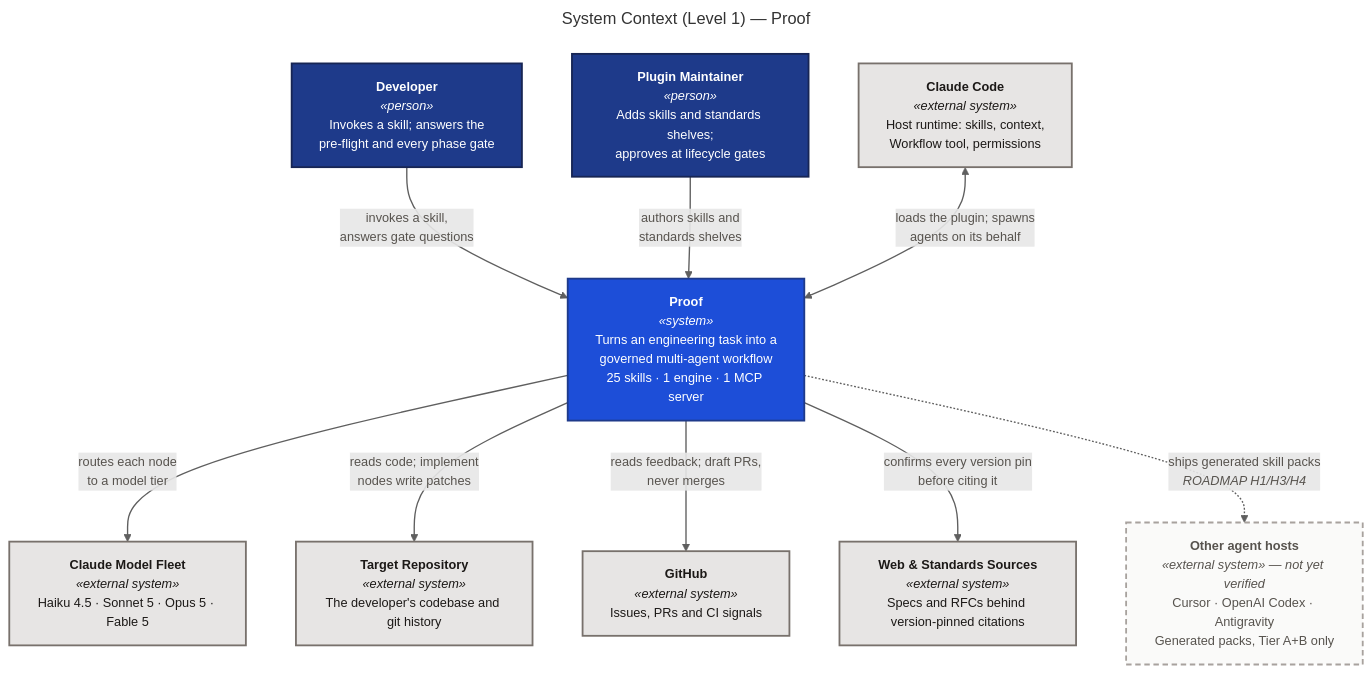
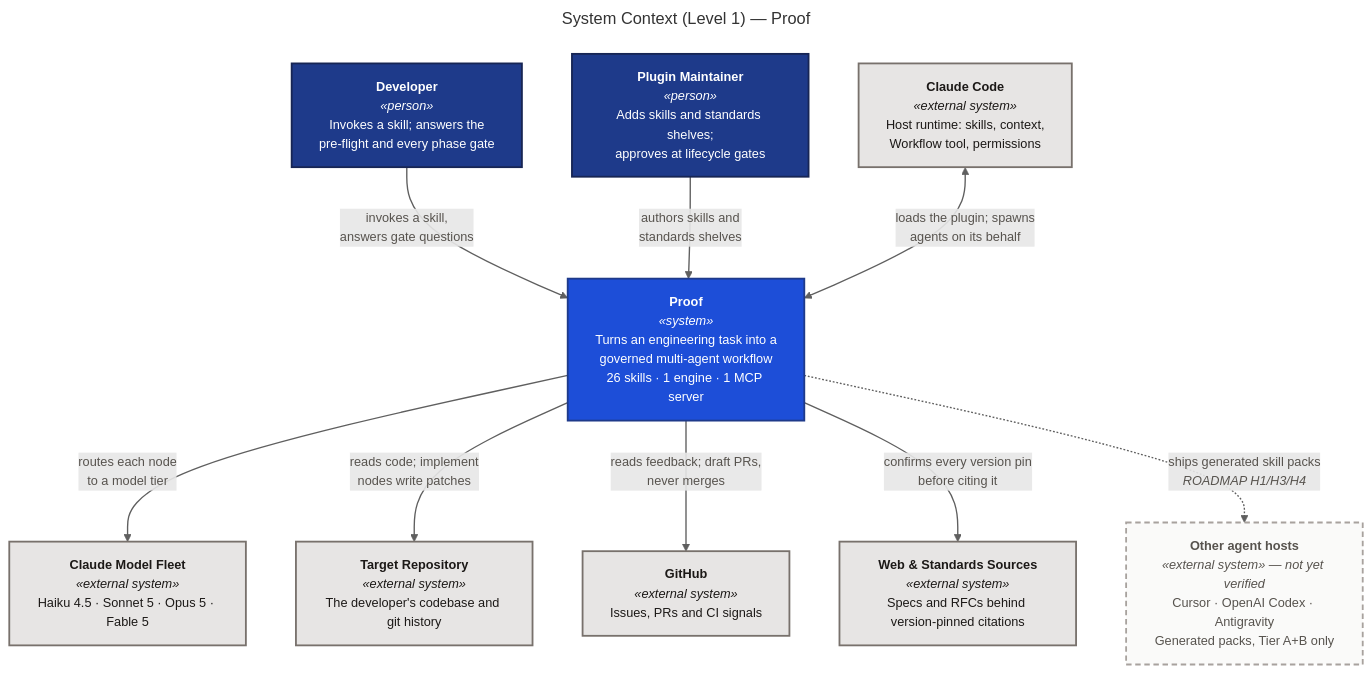
One commit to santapong/Proof changed the diagram in docs/c4/diagrams/src/context.mmd. Above: the diagram before and after it, drawn with Mermaid. The commit also changed 36 other files, not shown here.

Commit message:
docs: refresh README and architecture with verified SVG diagrams

```diff
--- a/docs/c4/diagrams/src/context.mmd
+++ b/docs/c4/diagrams/src/context.mmd
@@ -1,35 +1,35 @@
 ---
 title: "System Context (Level 1) — Proof"
 ---
 %%{init: {"flowchart": {"curve": "basis", "nodeSpacing": 55, "rankSpacing": 70}, "themeVariables": {"fontFamily": "Segoe UI, Helvetica, Arial, sans-serif", "fontSize": "14px"}}}%%
 flowchart TB
     dev["<b>Developer</b><br/><i>«person»</i><br/>Invokes a skill; answers the<br/>pre-flight and every phase gate"]
     maint["<b>Plugin Maintainer</b><br/><i>«person»</i><br/>Adds skills and standards shelves;<br/>approves at lifecycle gates"]
 
-    proof["<b>Proof</b><br/><i>«system»</i><br/>Turns an engineering task into a<br/>governed multi-agent workflow<br/>25 skills · 1 engine · 1 MCP server"]
+    proof["<b>Proof</b><br/><i>«system»</i><br/>Turns an engineering task into a<br/>governed multi-agent workflow<br/>26 skills · 1 engine · 1 MCP server"]
 
     cc["<b>Claude Code</b><br/><i>«external system»</i><br/>Host runtime: skills, context,<br/>Workflow tool, permissions"]
     fleet["<b>Claude Model Fleet</b><br/><i>«external system»</i><br/>Haiku 4.5 · Sonnet 5 · Opus 5 · Fable 5"]
     repo["<b>Target Repository</b><br/><i>«external system»</i><br/>The developer's codebase and git history"]
     forge["<b>GitHub</b><br/><i>«external system»</i><br/>Issues, PRs and CI signals"]
     web["<b>Web &amp; Standards Sources</b><br/><i>«external system»</i><br/>Specs and RFCs behind version-pinned citations"]
     hosts["<b>Other agent hosts</b><br/><i>«external system» — not yet verified</i><br/>Cursor · OpenAI Codex · Antigravity<br/>Generated packs, Tier A+B only"]
 
     dev -- "invokes a skill,<br/>answers gate questions" --> proof
     maint -- "authors skills and<br/>standards shelves" --> proof
     cc <-- "loads the plugin; spawns<br/>agents on its behalf" --> proof
     proof -- "routes each node<br/>to a model tier" --> fleet
     proof -- "reads code; implement<br/>nodes write patches" --> repo
     proof -- "reads feedback; draft PRs,<br/>never merges" --> forge
     proof -- "confirms every version pin<br/>before citing it" --> web
     proof -. "ships generated skill packs<br/><i>ROADMAP H1/H3/H4</i>" .-> hosts
 
     classDef person fill:#1E3A8A,stroke:#172554,stroke-width:2px,color:#fff
     classDef system fill:#1D4ED8,stroke:#1E3A8A,stroke-width:2px,color:#fff
     classDef ext fill:#E7E5E4,stroke:#78716C,stroke-width:2px,color:#1C1917
     classDef planned fill:#FAFAF9,stroke:#A8A29E,stroke-width:2px,stroke-dasharray:6 4,color:#57534E
     class dev,maint person
     class proof system
     class cc,fleet,repo,forge,web ext
     class hosts planned
     linkStyle default stroke:#5F5F5F,stroke-width:1.5px,color:#57534E
```
